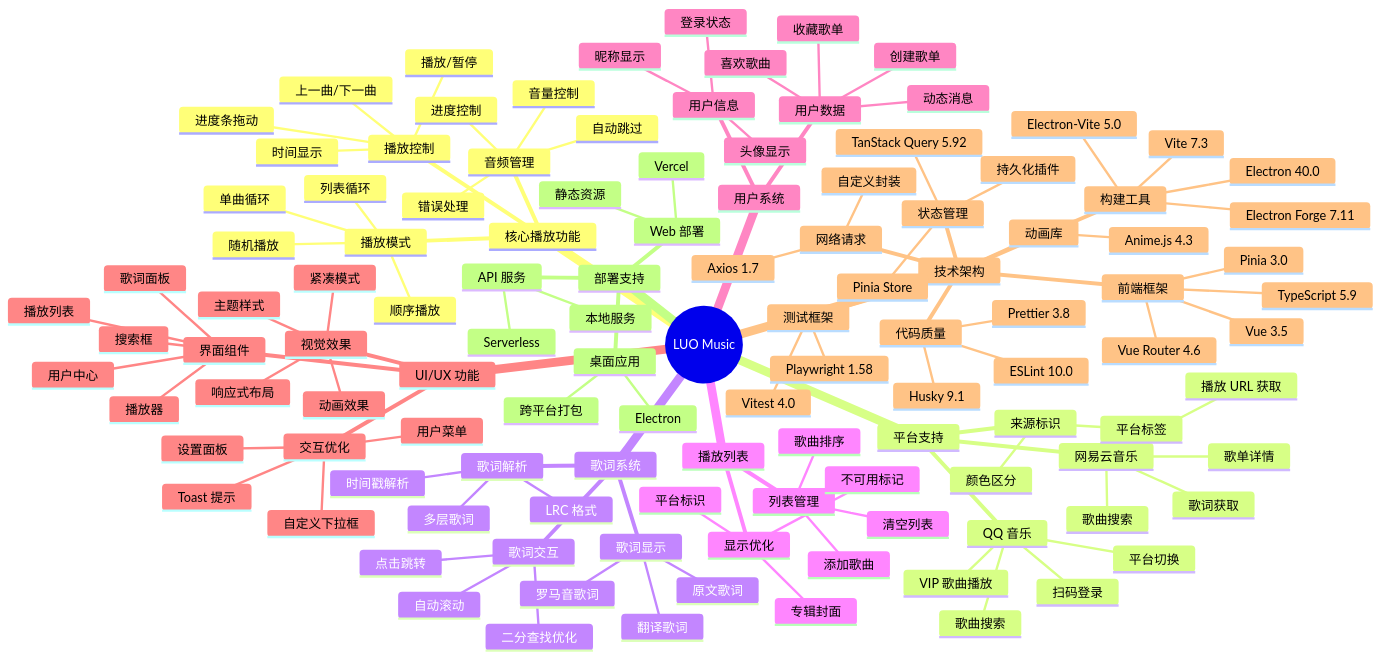
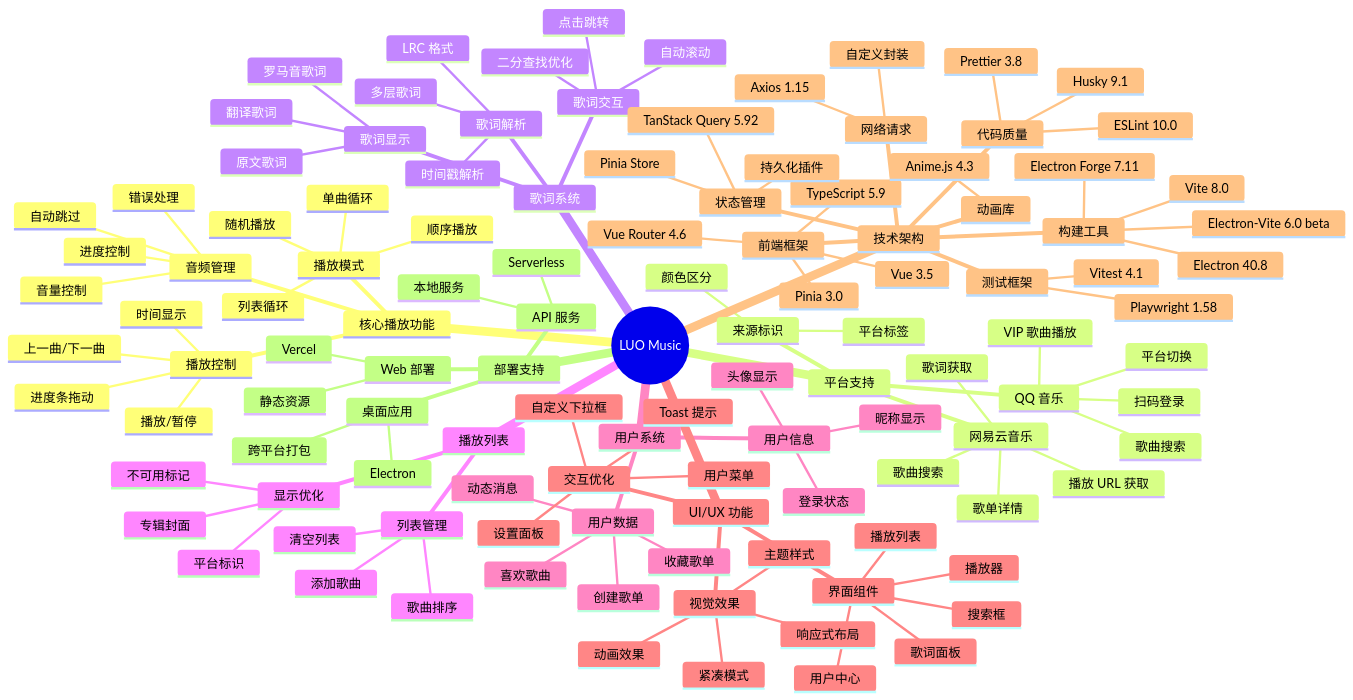
Before and after one commit to sansenjian/Luo-Music: the diagram in README.md, drawn with Mermaid. The commit also changed other lines of this file and 326 other files, not shown here.

```diff
--- a/README.md
+++ b/README.md
@@ -164,9 +164,9 @@
         Vue Router 4.6
         TypeScript 5.9
       构建工具
-        Vite 7.3
-        Electron 40.0
-        Electron-Vite 5.0
+        Vite 8.0
+        Electron 40.8
+        Electron-Vite 6.0 beta
         Electron Forge 7.11
       动画库
         Anime.js 4.3
@@ -175,14 +175,14 @@
         TanStack Query 5.92
         持久化插件
       网络请求
-        Axios 1.7
+        Axios 1.15
         自定义封装
       代码质量
         ESLint 10.0
         Prettier 3.8
         Husky 9.1
       测试框架
-        Vitest 4.0
+        Vitest 4.1
         Playwright 1.58
 
     部署支持
```
